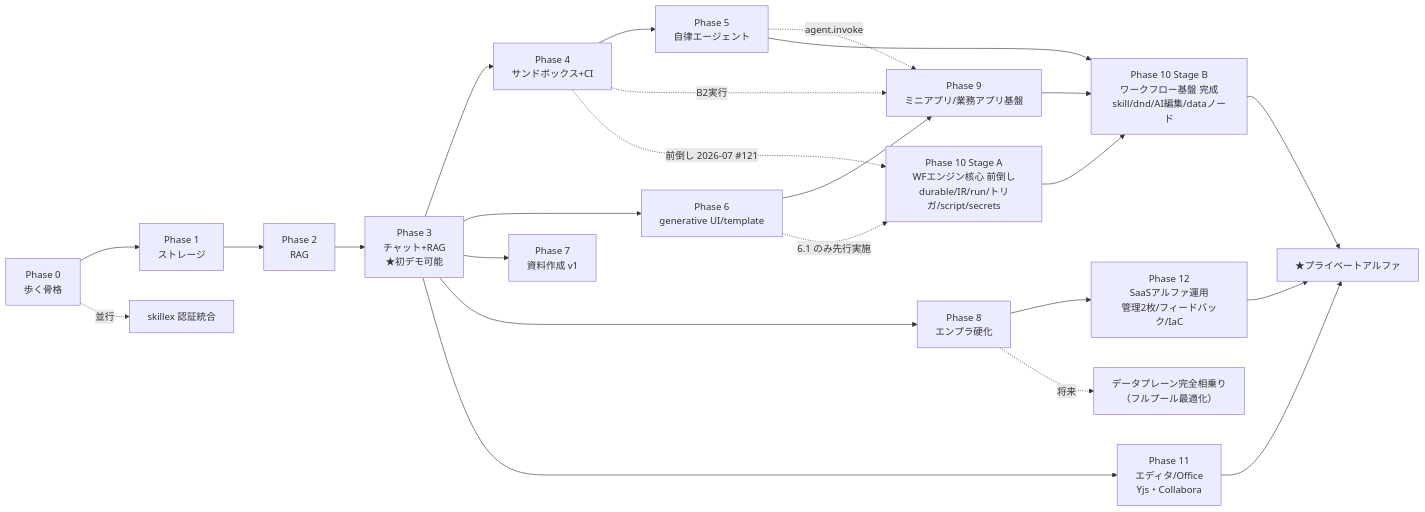
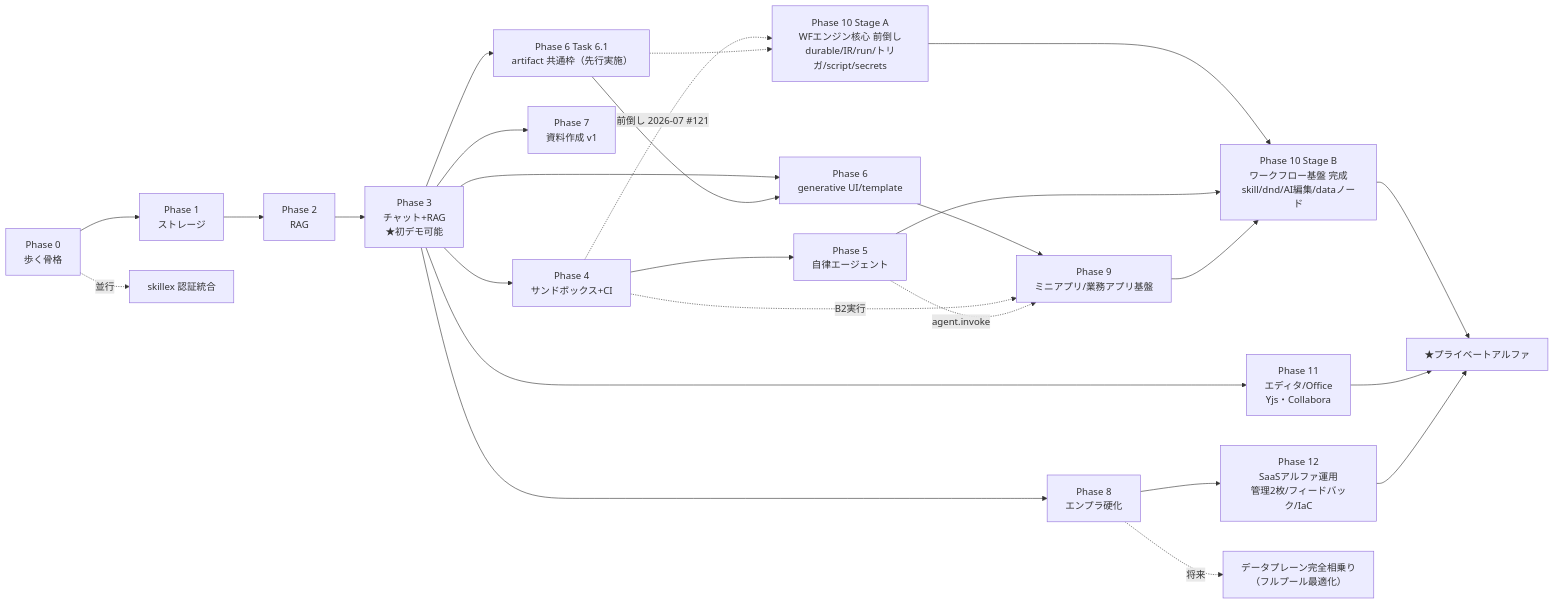
The diagram in docs/roadmap.md (imanect-labs/shiki-platform), drawn with Mermaid before and after one commit. The commit also changed 1 other file, not shown here.

Commit message:
docs(roadmap): Codex レビュー 3 件に対応（Stage 分割と受け入れ条件の整合・依存図の 6.1 独立ノード化）
- 10.3: 受け入れ条件を Stage A（storage 書込）と Stage B（record 変更/status 遷移・9.10 後）に分割し、
  Stage 列も A＋B 表記へ（issue 起票/クローズ時の食い違いを排除）
- 10.7: Shiki.data.*/notify の能力面は 9.2/9.10 後（Stage B）と明記し、受け入れ条件の
  data.query を Stage A では storage.read で読み替え
- roadmap.md 依存図: 6.1 を独立ノード（P3 → T61 → Stage A / Phase 6）にし、
  「Phase 6 全体が Stage A の上流」に見える誤読を排除

Claude-Session: https://claude.ai/code/session_01GXiTe4C5fYe3t2n89vH7Mt

````diff
--- a/docs/roadmap.md
+++ b/docs/roadmap.md
@@ -18,26 +18,28 @@
 ```mermaid
 flowchart LR
   P0["Phase 0<br/>歩く骨格"] --> P1["Phase 1<br/>ストレージ"]
   P1 --> P2["Phase 2<br/>RAG"]
   P2 --> P3["Phase 3<br/>チャット+RAG<br/>★初デモ可能"]
   P3 --> P4["Phase 4<br/>サンドボックス+CI"]
   P4 --> P5["Phase 5<br/>自律エージェント"]
   P3 --> P6["Phase 6<br/>generative UI/template"]
   P6 --> P9["Phase 9<br/>ミニアプリ/業務アプリ基盤"]
   P4 -.->|B2実行| P9
   P5 -.->|agent.invoke| P9
   P3 --> P7["Phase 7<br/>資料作成 v1"]
   P3 --> P8["Phase 8<br/>エンプラ硬化"]
   P4 -.->|前倒し 2026-07 #121| P10A["Phase 10 Stage A<br/>WFエンジン核心 前倒し<br/>durable/IR/run/トリガ/script/secrets"]
-  P6 -.->|6.1 のみ先行実施| P10A
+  P3 --> T61["Phase 6 Task 6.1<br/>artifact 共通枠（先行実施）"]
+  T61 -.-> P10A
+  T61 --> P6
   P10A --> P10["Phase 10 Stage B<br/>ワークフロー基盤 完成<br/>skill/dnd/AI編集/dataノード"]
   P5 --> P10
   P9 --> P10
   P3 --> P11["Phase 11<br/>エディタ/Office<br/>Yjs・Collabora"]
   P8 --> P12["Phase 12<br/>SaaSアルファ運用<br/>管理2枚/フィードバック/IaC"]
   P10 --> ALPHA["★プライベートアルファ"]
   P11 --> ALPHA
   P12 --> ALPHA
   P0 -.->|並行| SK["skillex 認証統合"]
   P8 -.->|将来| FULLPOOL["データプレーン完全相乗り<br/>（フルプール最適化）"]
 ```
````
